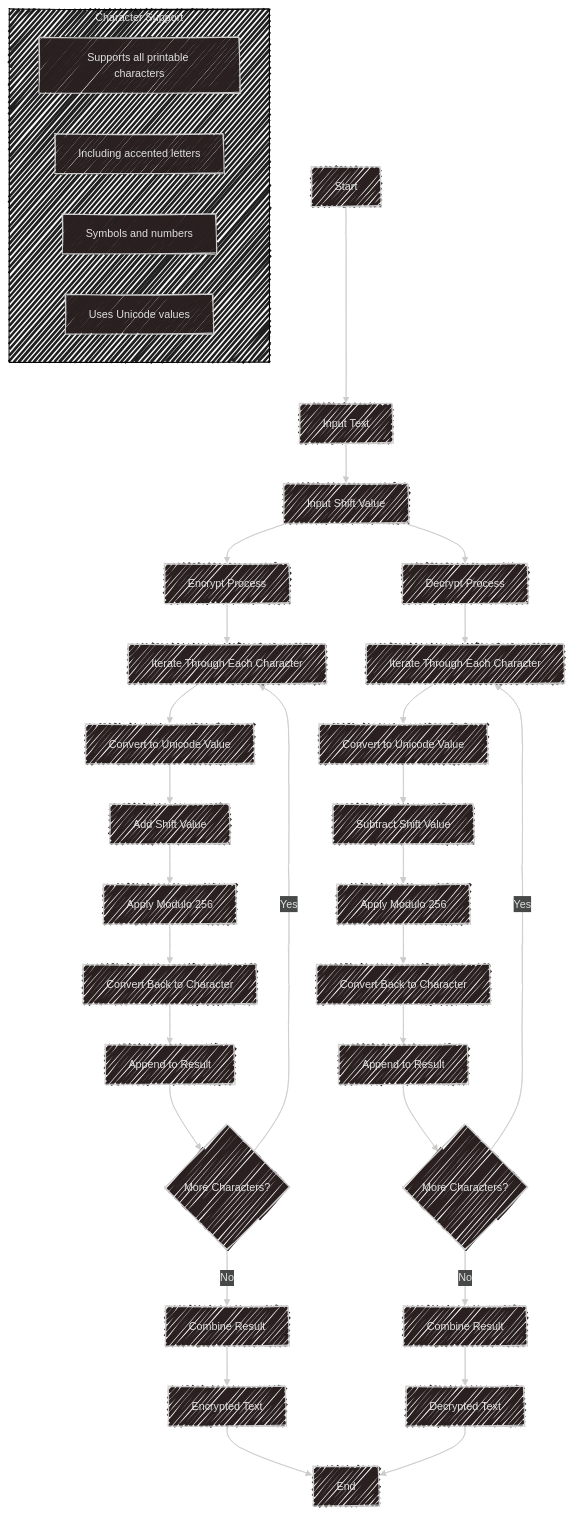
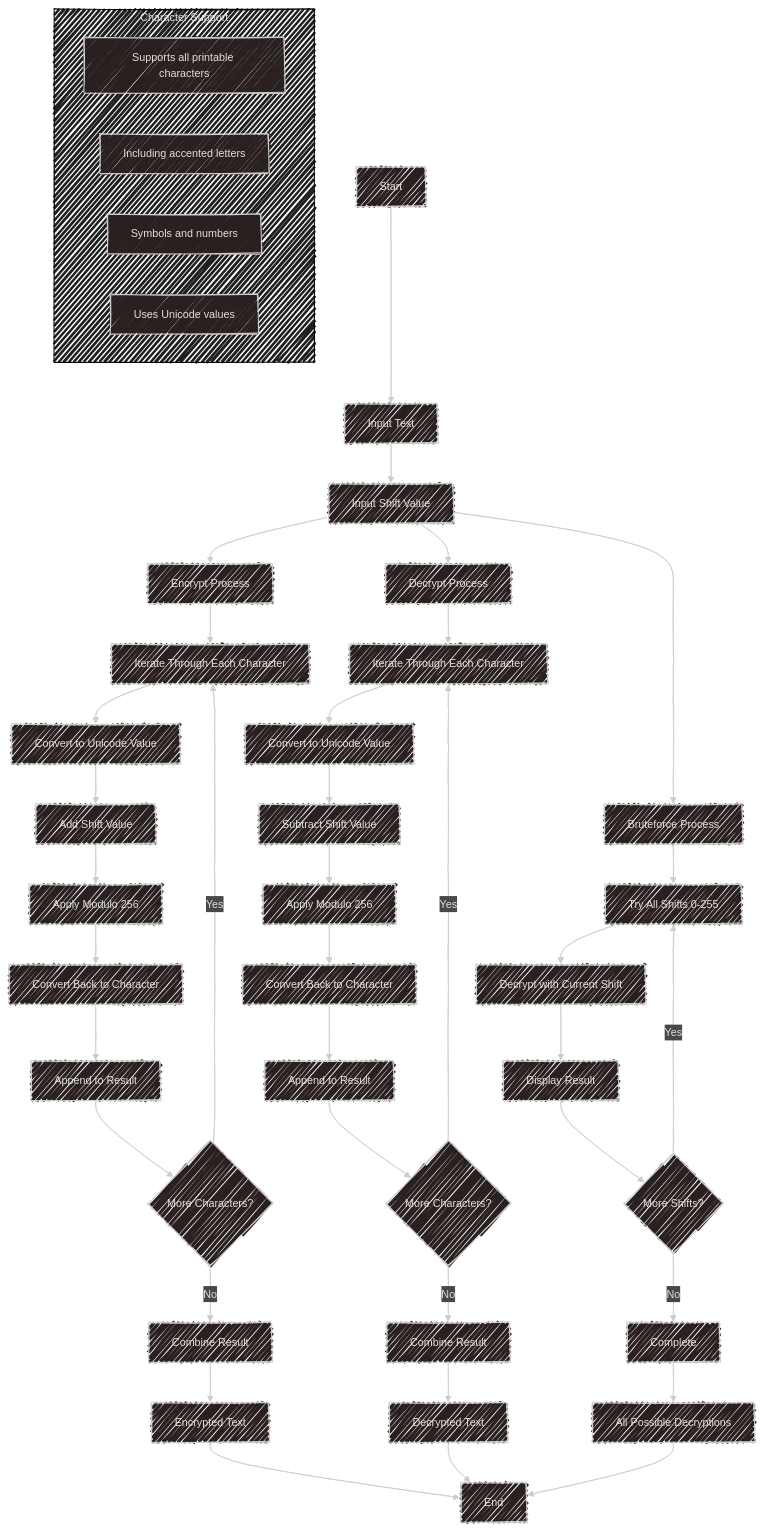
One commit to malic1tus/caesar-cipher changed the diagram in README.md. Above: the diagram before and after it, drawn with Mermaid. The commit also changed other lines of this file, not shown here.

````diff
--- a/README.md
+++ b/README.md
@@ -97,46 +111,55 @@
 ```mermaid
 ---
 config:
   layout: fixed
   theme: neo-dark
   look: handDrawn
 ---
 graph TD
     A[Start] --> B[Input Text]
     B --> C[Input Shift Value]
-    C --> D1[Encrypt Process] & D2[Decrypt Process]
+    C --> D1[Encrypt Process] & D2[Decrypt Process] & D3[Bruteforce Process]
     
     %% Encryption Path
     D1 --> E1[Iterate Through Each Character]
     E1 --> F1[Convert to Unicode Value]
     F1 --> G1[Add Shift Value]
     G1 --> H1[Apply Modulo 256]
     H1 --> I1[Convert Back to Character]
     I1 --> J1[Append to Result]
     J1 --> K1{More Characters?}
     K1 -->|Yes| E1
     K1 -->|No| L1[Combine Result]
     
     %% Decryption Path
     D2 --> E2[Iterate Through Each Character]
     E2 --> F2[Convert to Unicode Value]
     F2 --> G2[Subtract Shift Value]
     G2 --> H2[Apply Modulo 256]
     H2 --> I2[Convert Back to Character]
     I2 --> J2[Append to Result]
     J2 --> K2{More Characters?}
     K2 -->|Yes| E2
     K2 -->|No| L2[Combine Result]
     
+    %% Bruteforce Path
+    D3 --> E3[Try All Shifts 0-255]
+    E3 --> F3[Decrypt with Current Shift]
+    F3 --> G3[Display Result]
+    G3 --> H3{More Shifts?}
+    H3 -->|Yes| E3
+    H3 -->|No| L3[Complete]
+    
     L1 --> M1[Encrypted Text]
     L2 --> M2[Decrypted Text]
-    M1 & M2 --> N[End]
-
+    L3 --> M3[All Possible Decryptions]
+    M1 & M2 & M3 --> N[End]
+    
     %% Add notes for clarity
     subgraph "Character Support"
         Note1[Supports all printable characters]
         Note2[Including accented letters]
         Note3[Symbols and numbers]
         Note4[Uses Unicode values]
     end
 ```
````
